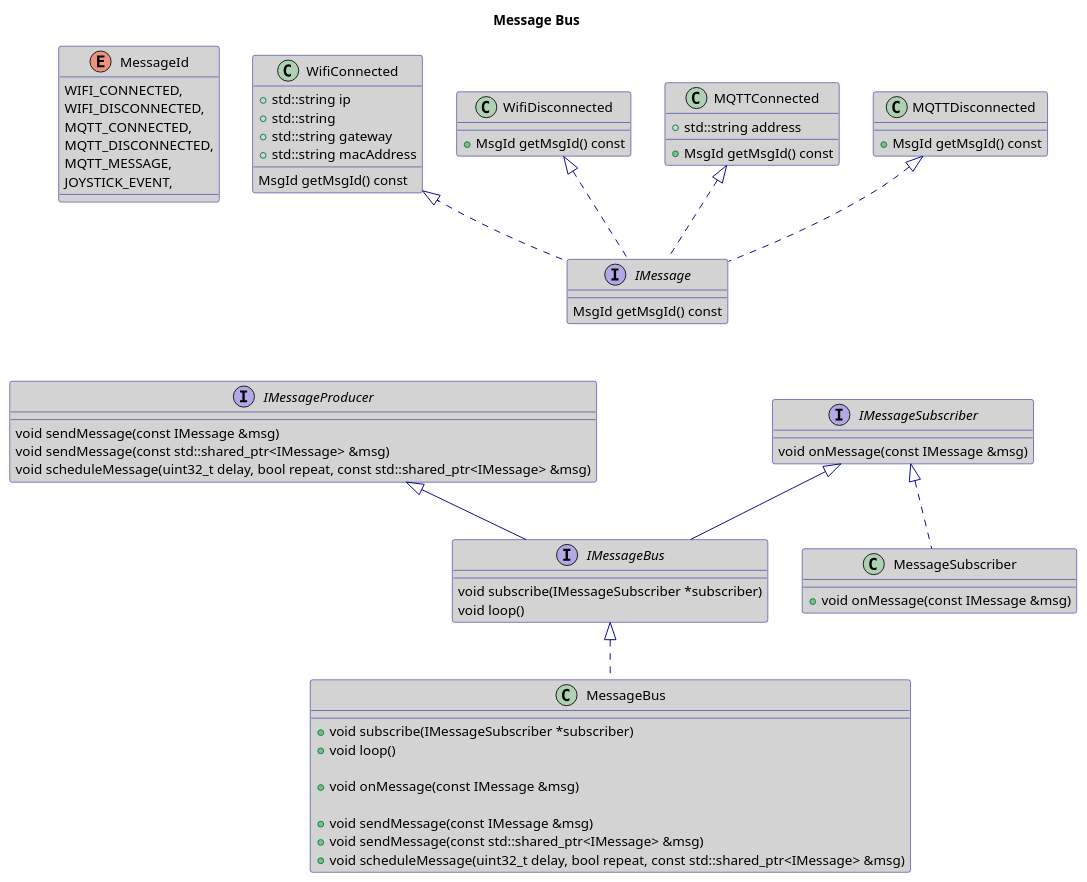
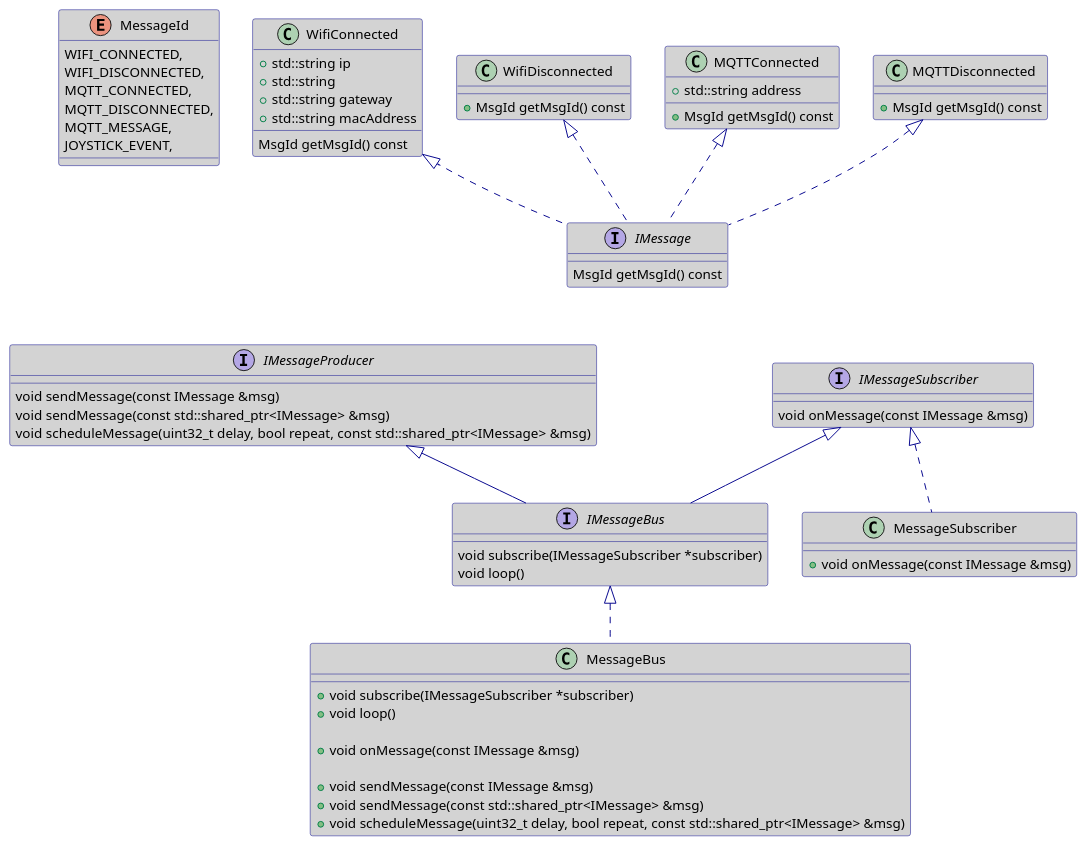
The diagram in puml/MessageBus.puml (darvik80/esp32-core), drawn with PlantUML before and after one commit. The commit also changed 3 other files, not shown here.

```diff
--- a/puml/MessageBus.puml
+++ b/puml/MessageBus.puml
@@ -1,93 +1,91 @@
 @startuml
 'https://plantuml.com/class-diagram
 
 skinparam backgroundcolor White
 skinparam classBackgroundColor LightGray
 skinparam arrowColor DarkBlue
 skinparam classBorderColor DarkBlue
-
-title Message Bus
 
 enum MessageId {
     WIFI_CONNECTED,
     WIFI_DISCONNECTED,
     MQTT_CONNECTED,
     MQTT_DISCONNECTED,
     MQTT_MESSAGE,
     JOYSTICK_EVENT,
 }
 
 interface IMessage {
     MsgId getMsgId() const
 }
 
 class WifiConnected {
     +std::string ip
     +std::string
     +std::string gateway
     +std::string macAddress
 
     MsgId getMsgId() const
 }
 
 WifiConnected <|.. IMessage
 
 class WifiDisconnected {
     +MsgId getMsgId() const
 }
 
 WifiDisconnected <|.. IMessage
 
 class MQTTConnected {
     +std::string address
     +MsgId getMsgId() const
 }
 
 MQTTConnected <|.. IMessage
 
 class MQTTDisconnected {
     +MsgId getMsgId() const
 }
 
 MQTTDisconnected <|.. IMessage
 
 interface IMessageSubscriber {
     void onMessage(const IMessage &msg)
 }
 
 interface IMessageProducer {
     void sendMessage(const IMessage &msg)
     void sendMessage(const std::shared_ptr<IMessage> &msg)
     void scheduleMessage(uint32_t delay, bool repeat, const std::shared_ptr<IMessage> &msg)
 }
 
 interface IMessageBus {
     void subscribe(IMessageSubscriber *subscriber)
     void loop()
 }
 
 IMessageProducer <|-- IMessageBus
 IMessageSubscriber <|-- IMessageBus
 
 class MessageSubscriber {
     +void onMessage(const IMessage &msg)
 }
 
 IMessageSubscriber <|.. MessageSubscriber
 
 class MessageBus {
     +void subscribe(IMessageSubscriber *subscriber)
     +void loop()
 
     +void onMessage(const IMessage &msg)
 
     +void sendMessage(const IMessage &msg)
     +void sendMessage(const std::shared_ptr<IMessage> &msg)
     +void scheduleMessage(uint32_t delay, bool repeat, const std::shared_ptr<IMessage> &msg)
 }
 
 IMessageBus <|.. MessageBus
 
 IMessage --d[hidden]-> IMessageBus
 
 @enduml
```
